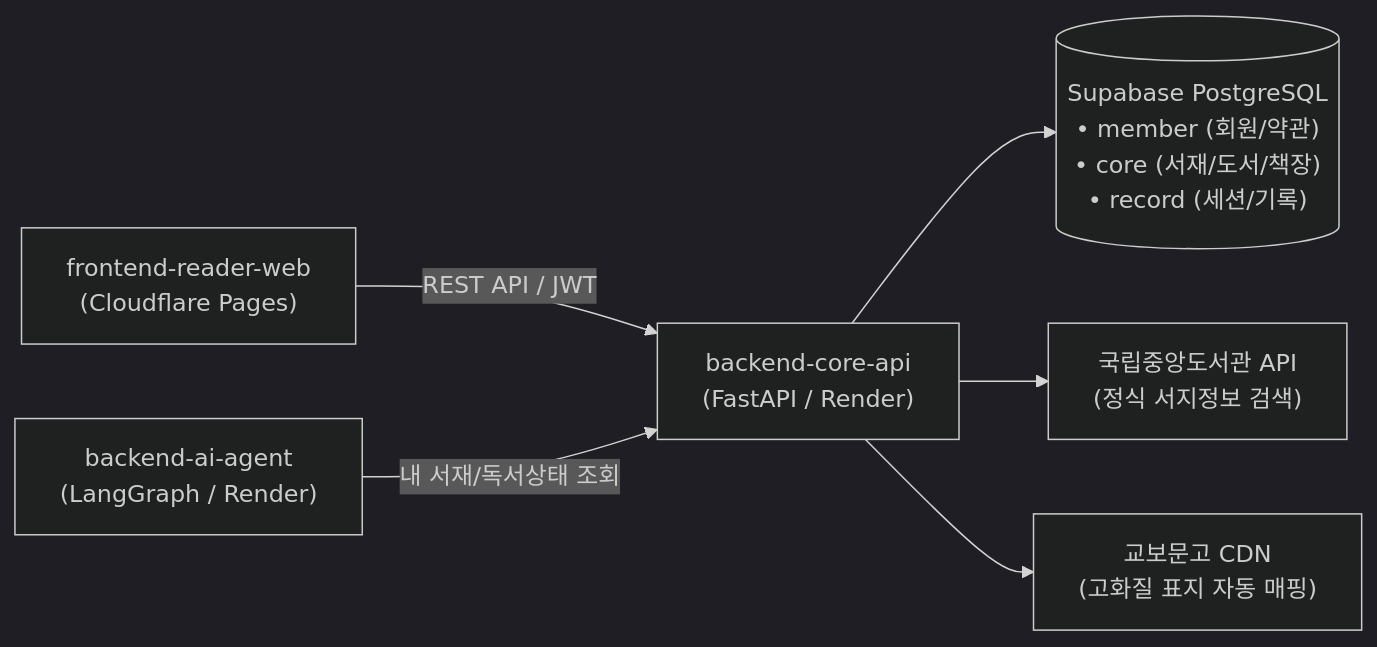
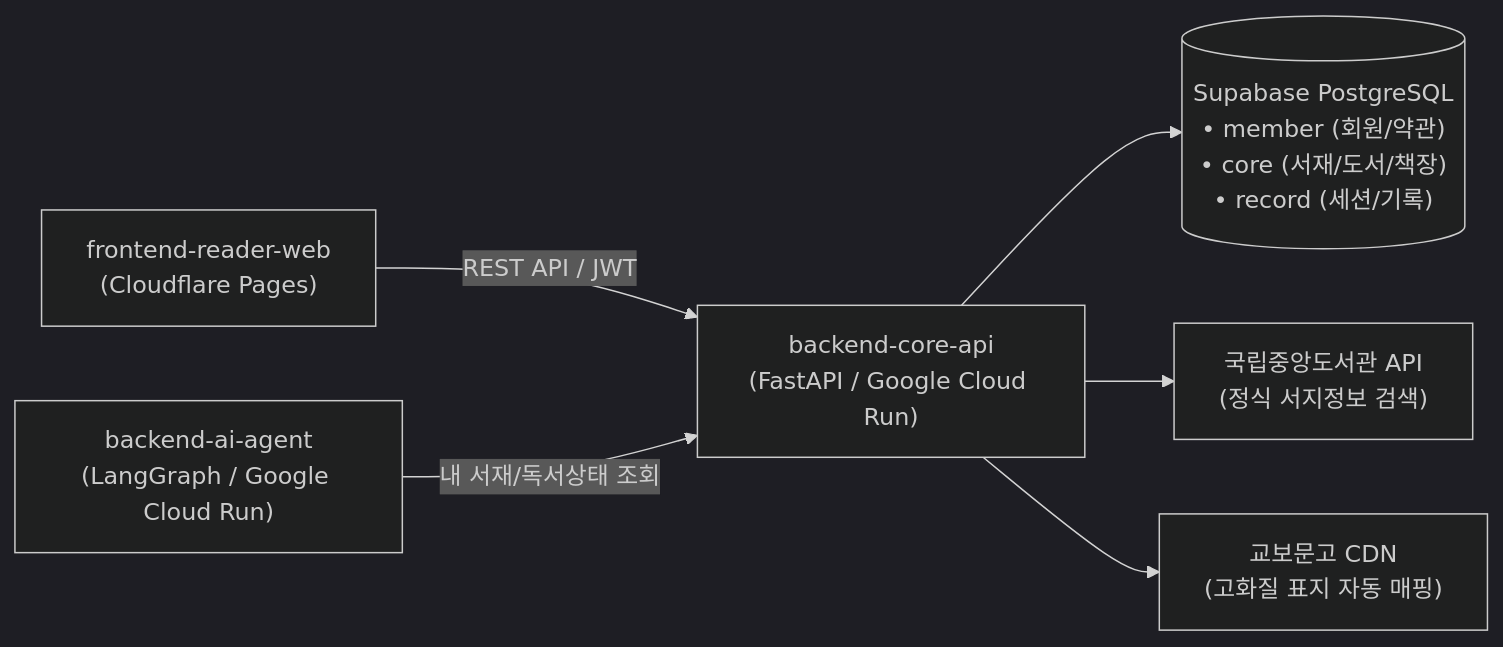
One commit to DPYB/backend-core-api changed the diagram in README.md. Above: the diagram before and after it, drawn with Mermaid (dark theme). The commit also changed other lines of this file and 2 other files, not shown here.

Commit message:
ci[infra]: Render 배포 워크플로우 제거 및 Cloud Run 서울 리전 연동 명세 반영 (#35)

````diff
--- a/README.md
+++ b/README.md
@@ -12,9 +12,9 @@
 ```mermaid
 flowchart LR
-    Client["frontend-reader-web<br/>(Cloudflare Pages)"] -- "REST API / JWT" --> Core["backend-core-api<br/>(FastAPI / Render)"]
-    AIAgent["backend-ai-agent<br/>(LangGraph / Render)"] -- "내 서재/독서상태 조회" --> Core
+    Client["frontend-reader-web<br/>(Cloudflare Pages)"] -- "REST API / JWT" --> Core["backend-core-api<br/>(FastAPI / Google Cloud Run)"]
+    AIAgent["backend-ai-agent<br/>(LangGraph / Google Cloud Run)"] -- "내 서재/독서상태 조회" --> Core
 
     Core --> Supabase[("Supabase PostgreSQL<br/>• member (회원/약관)<br/>• core (서재/도서/책장)<br/>• record (세션/기록)")]
     Core --> NL["국립중앙도서관 API<br/>(정식 서지정보 검색)"]
     Core --> Kyobo["교보문고 CDN<br/>(고화질 표지 자동 매핑)"]
 ```
````
